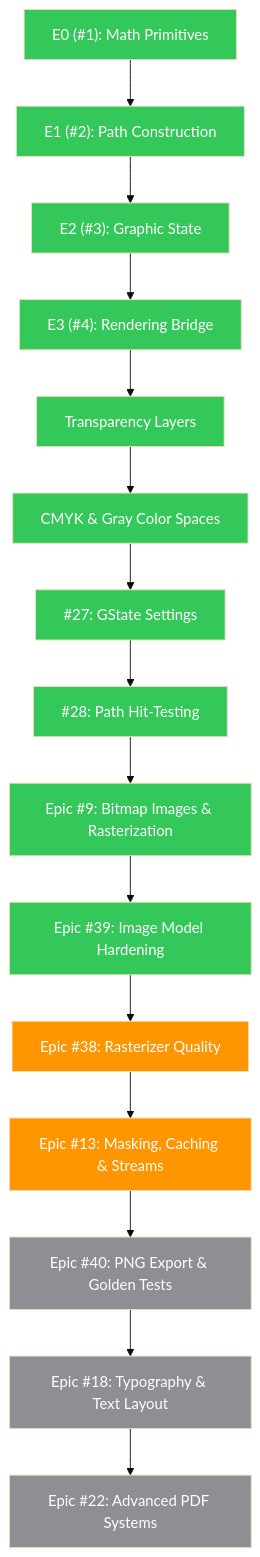
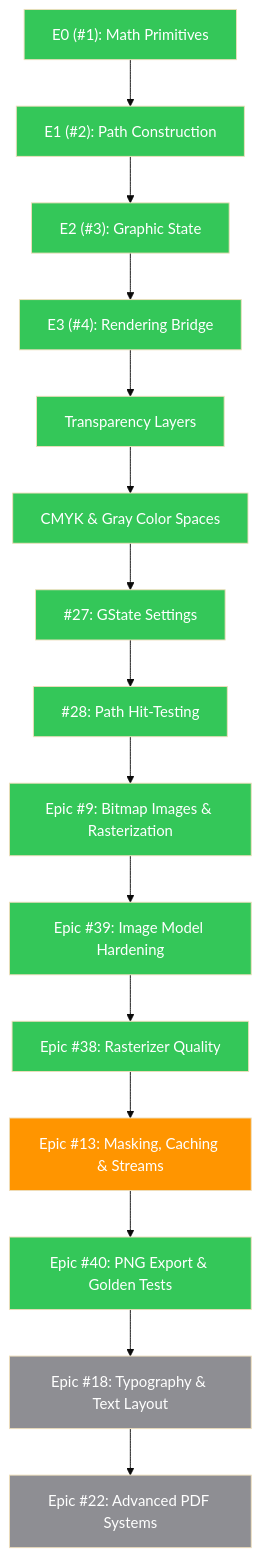
Before and after one commit to SlayerMotion/PureDraw: the first of 2 diagrams in docs/prioritized_roadmap.md, drawn with Mermaid (base theme). The commit also changed 1 other file, not shown here.

Commit message:
docs: mark rasterizer and PNG epics done in roadmap diagrams
Epics #38 (with #50 and #51 found and fixed along the way) and #40
are fully shipped; #13 remains the only partial epic ahead of
typography and PDF.

````diff
--- a/docs/prioritized_roadmap.md
+++ b/docs/prioritized_roadmap.md
@@ -10,25 +10,25 @@
 ```mermaid
 flowchart TB
     classDef done    fill:#34C759,color:#FFFFFF
     classDef active  fill:#007AFF,color:#FFFFFF
     classDef review  fill:#30B0C7,color:#FFFFFF
     classDef next    fill:#5856D6,color:#FFFFFF
     classDef partial fill:#FF9500,color:#FFFFFF
     classDef todo    fill:#8E8E93,color:#FFFFFF
 
-    E0["E0 (#1): Math Primitives"]:::done --> E1["E1 (#2): Path Construction"]:::done --> E2["E2 (#3): Graphic State"]:::done --> E3["E3 (#4): Rendering Bridge"]:::done --> TL["Transparency Layers"]:::done --> CS["CMYK & Gray Color Spaces"]:::done --> P1_1["#27: GState Settings"]:::done --> P1_2["#28: Path Hit-Testing"]:::done --> Epic9["Epic #9: Bitmap Images & Rasterization"]:::done --> Epic39["Epic #39: Image Model Hardening"]:::done --> Epic38["Epic #38: Rasterizer Quality"]:::partial --> Epic13["Epic #13: Masking, Caching & Streams"]:::partial --> Epic40["Epic #40: PNG Export & Golden Tests"]:::todo --> Epic18["Epic #18: Typography & Text Layout"]:::todo --> Epic22["Epic #22: Advanced PDF Systems"]:::todo
+    E0["E0 (#1): Math Primitives"]:::done --> E1["E1 (#2): Path Construction"]:::done --> E2["E2 (#3): Graphic State"]:::done --> E3["E3 (#4): Rendering Bridge"]:::done --> TL["Transparency Layers"]:::done --> CS["CMYK & Gray Color Spaces"]:::done --> P1_1["#27: GState Settings"]:::done --> P1_2["#28: Path Hit-Testing"]:::done --> Epic9["Epic #9: Bitmap Images & Rasterization"]:::done --> Epic39["Epic #39: Image Model Hardening"]:::done --> Epic38["Epic #38: Rasterizer Quality"]:::done --> Epic13["Epic #13: Masking, Caching & Streams"]:::partial --> Epic40["Epic #40: PNG Export & Golden Tests"]:::done --> Epic18["Epic #18: Typography & Text Layout"]:::todo --> Epic22["Epic #22: Advanced PDF Systems"]:::todo
 
     click E0 href "https://github.com/mihaelamj/PureDraw/issues/1" "E0"
     click E1 href "https://github.com/mihaelamj/PureDraw/issues/2" "E1"
     click E2 href "https://github.com/mihaelamj/PureDraw/issues/3" "E2"
     click E3 href "https://github.com/mihaelamj/PureDraw/issues/4" "E3"
     click P1_1 href "https://github.com/mihaelamj/PureDraw/issues/27" "Issue #27"
     click P1_2 href "https://github.com/mihaelamj/PureDraw/issues/28" "Issue #28"
     click Epic9 href "https://github.com/mihaelamj/PureDraw/issues/9" "Epic #9"
     click Epic39 href "https://github.com/mihaelamj/PureDraw/issues/39" "Epic #39"
     click Epic38 href "https://github.com/mihaelamj/PureDraw/issues/38" "Epic #38"
     click Epic13 href "https://github.com/mihaelamj/PureDraw/issues/13" "Epic #13"
     click Epic40 href "https://github.com/mihaelamj/PureDraw/issues/40" "Epic #40"
     click Epic18 href "https://github.com/mihaelamj/PureDraw/issues/18" "Epic #18"
     click Epic22 href "https://github.com/mihaelamj/PureDraw/issues/22" "Epic #22"
 ```
````
